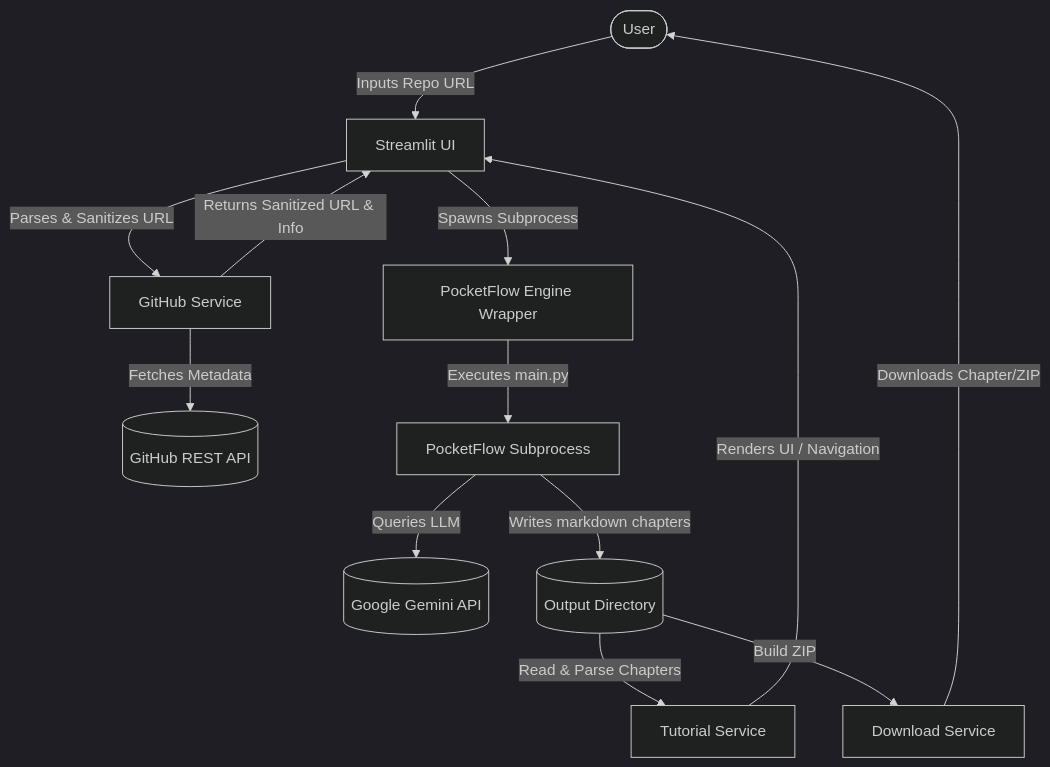
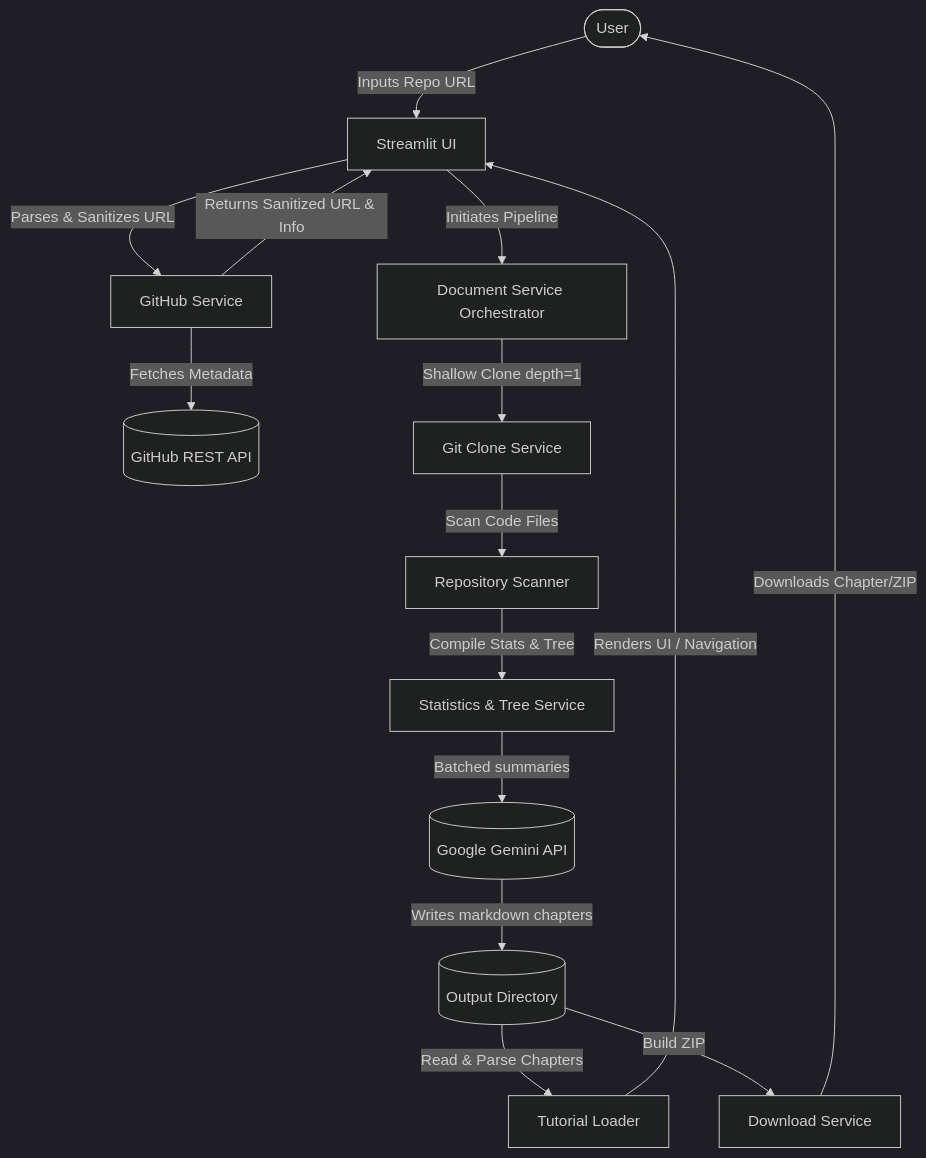
The diagram in README.md (Kunalpatel0904/AI-Codebase-Assistant), drawn with Mermaid (dark theme) before and after one commit. The commit also changed other lines of this file and 1 other file, not shown here.

Commit message:
docs: update README and env.example for V2 architecture

````diff
--- a/README.md
+++ b/README.md
@@ -19,15 +19,17 @@
 ```mermaid
 flowchart TD
     User([User]) -->|Inputs Repo URL| Streamlit[Streamlit UI]
     Streamlit -->|Parses & Sanitizes URL| GithubService[GitHub Service]
     GithubService -->|Fetches Metadata| GithubAPI[(GitHub REST API)]
     GithubService -->|Returns Sanitized URL & Info| Streamlit
-    Streamlit -->|Spawns Subprocess| PocketFlowEngine[PocketFlow Engine Wrapper]
-    PocketFlowEngine -->|Executes main.py| PocketFlow[PocketFlow Subprocess]
-    PocketFlow -->|Queries LLM| Gemini[(Google Gemini API)]
-    PocketFlow -->|Writes markdown chapters| Disk[(Output Directory)]
-    Disk -->|Read & Parse Chapters| TutorialService[Tutorial Service]
-    TutorialService -->|Renders UI / Navigation| Streamlit
+    Streamlit -->|Initiates Pipeline| DocumentService[Document Service Orchestrator]
+    DocumentService -->|Shallow Clone depth=1| GitClone[Git Clone Service]
+    GitClone -->|Scan Code Files| RepoScanner[Repository Scanner]
+    RepoScanner -->|Compile Stats & Tree| StatsService[Statistics & Tree Service]
+    StatsService -->|Batched summaries| Gemini[(Google Gemini API)]
+    Gemini -->|Writes markdown chapters| Disk[(Output Directory)]
+    Disk -->|Read & Parse Chapters| TutorialLoader[Tutorial Loader]
+    TutorialLoader -->|Renders UI / Navigation| Streamlit
     Disk -->|Build ZIP| DownloadService[Download Service]
     DownloadService -->|Downloads Chapter/ZIP| User
 ```
````
